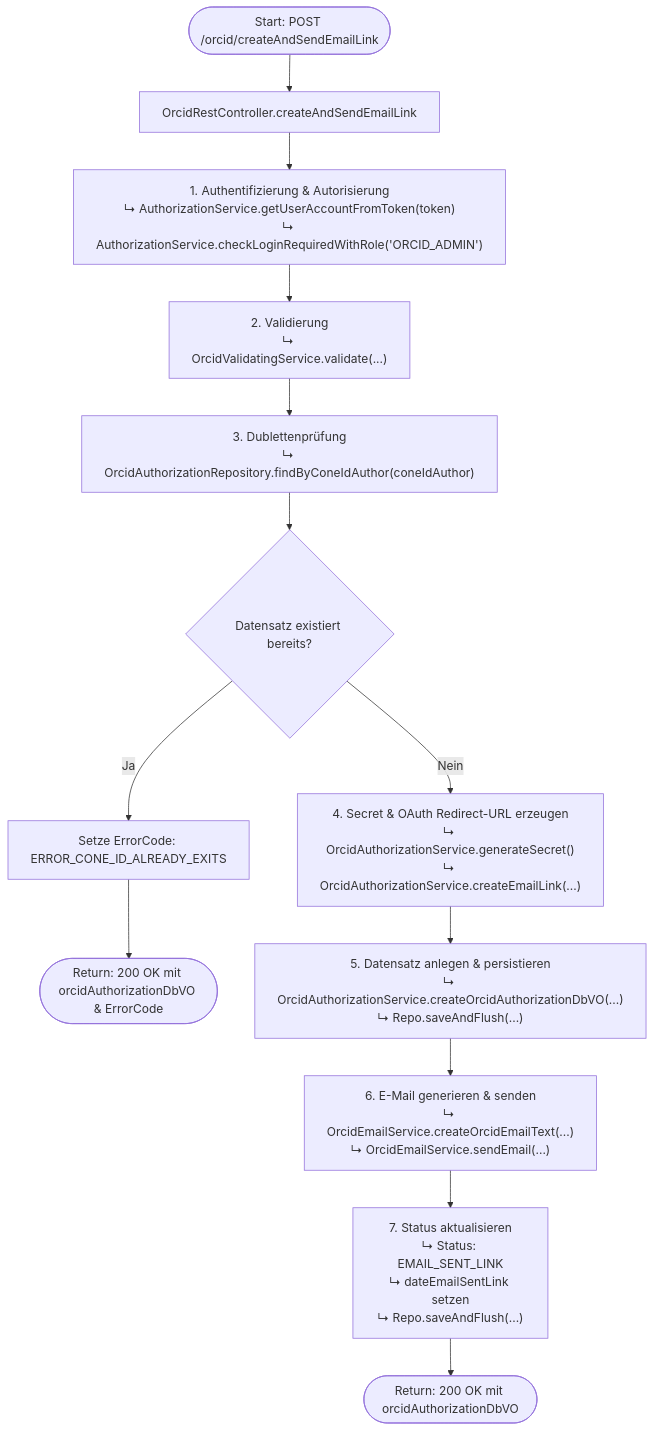
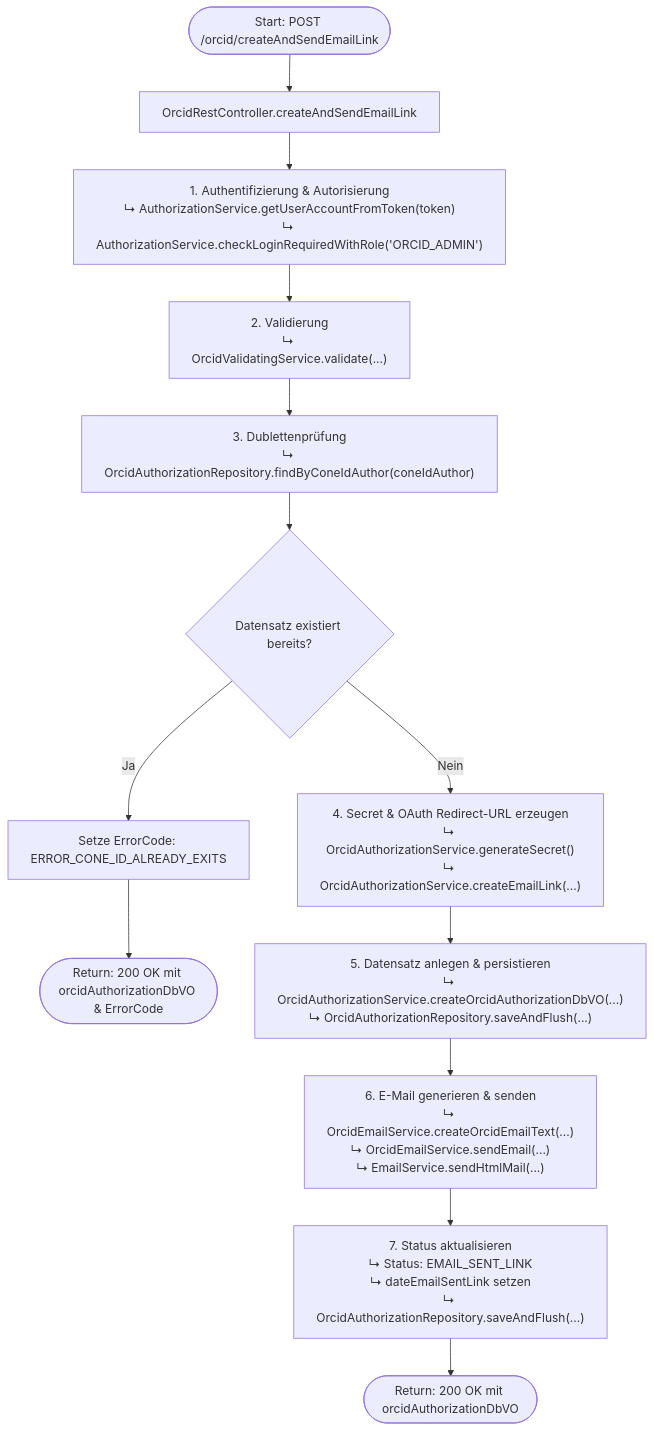
One commit to MPDL/INGe changed the second of 2 diagrams in pubman_rest/src/main/resources/orcid_create_and_send_email_link.md. Above: the diagram before and after it, drawn with Mermaid. The commit also changed other lines of this file and 2 other files, not shown here.

````diff
--- a/pubman_rest/src/main/resources/orcid_create_and_send_email_link.md
+++ b/pubman_rest/src/main/resources/orcid_create_and_send_email_link.md
@@ -98,17 +117,17 @@
 ```mermaid
 flowchart TD
     A([Start: POST /orcid/createAndSendEmailLink]) --> B[OrcidRestController.createAndSendEmailLink]
     B --> C["1. Authentifizierung & Autorisierung<br/>↳ AuthorizationService.getUserAccountFromToken(token)<br/>↳ AuthorizationService.checkLoginRequiredWithRole('ORCID_ADMIN')"]
     C --> D["2. Validierung<br/>↳ OrcidValidatingService.validate(...)"]
     D --> E["3. Dublettenprüfung<br/>↳ OrcidAuthorizationRepository.findByConeIdAuthor(coneIdAuthor)"]
     
     E --> F{Datensatz existiert bereits?}
     F -- Ja --> G[Setze ErrorCode: ERROR_CONE_ID_ALREADY_EXITS]
     G --> RetConflict([Return: 200 OK mit orcidAuthorizationDbVO & ErrorCode])
 
     F -- Nein --> H["4. Secret & OAuth Redirect-URL erzeugen<br/>↳ OrcidAuthorizationService.generateSecret()<br/>↳ OrcidAuthorizationService.createEmailLink(...)"]
-    H --> I["5. Datensatz anlegen & persistieren<br/>↳ OrcidAuthorizationService.createOrcidAuthorizationDbVO(...)<br/>↳ Repo.saveAndFlush(...)"]
-    I --> J["6. E-Mail generieren & senden<br/>↳ OrcidEmailService.createOrcidEmailText(...)<br/>↳ OrcidEmailService.sendEmail(...)"]
-    J --> K["7. Status aktualisieren<br/>↳ Status: EMAIL_SENT_LINK<br/>↳ dateEmailSentLink setzen<br/>↳ Repo.saveAndFlush(...)"]
+    H --> I["5. Datensatz anlegen & persistieren<br/>↳ OrcidAuthorizationService.createOrcidAuthorizationDbVO(...)<br/>↳ OrcidAuthorizationRepository.saveAndFlush(...)"]
+    I --> J["6. E-Mail generieren & senden<br/>↳ OrcidEmailService.createOrcidEmailText(...)<br/>↳ OrcidEmailService.sendEmail(...)<br/>↳ EmailService.sendHtmlMail(...)"]
+    J --> K["7. Status aktualisieren<br/>↳ Status: EMAIL_SENT_LINK<br/>↳ dateEmailSentLink setzen<br/>↳ OrcidAuthorizationRepository.saveAndFlush(...)"]
     K --> RetSuccess([Return: 200 OK mit orcidAuthorizationDbVO])
 ```
````
